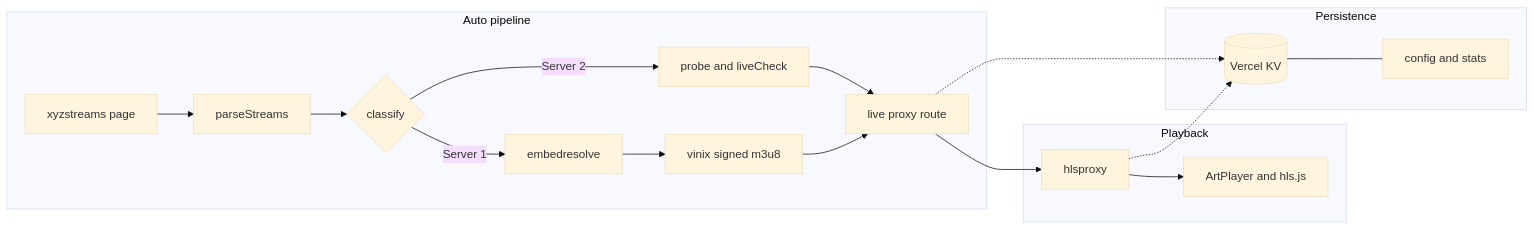
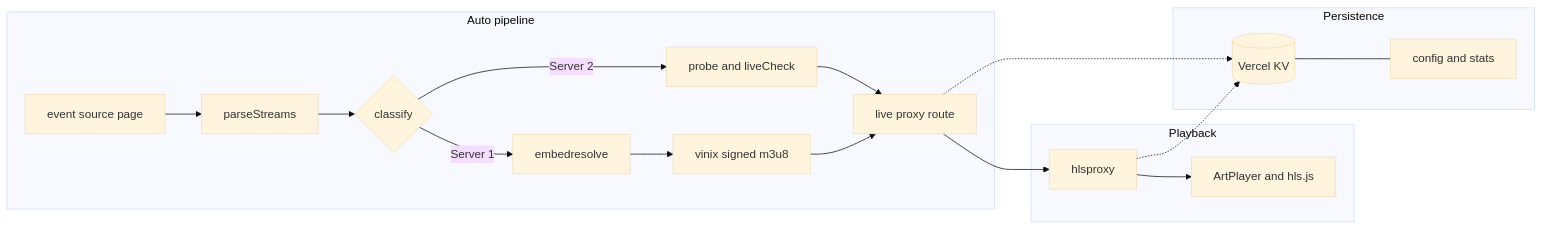
One commit to namtxs/sectortv changed the diagram in README.md. Above: the diagram before and after it, drawn with Mermaid (base theme). The commit also changed other lines of this file, not shown here.

````diff
--- a/README.md
+++ b/README.md
@@ -35,21 +35,21 @@
 ```mermaid
 flowchart LR
   subgraph scrape [Auto pipeline]
-    A[xyzstreams page] --> B[parseStreams]
+    A[event source page] --> B[parseStreams]
     B --> C{classify}
     C -->|Server 2| D[probe and liveCheck]
     C -->|Server 1| E[embedresolve]
     E --> F[vinix signed m3u8]
     D --> G[live proxy route]
     F --> G
   end
   subgraph play [Playback]
     G --> H[hlsproxy]
     H --> I[ArtPlayer and hls.js]
   end
   subgraph store [Persistence]
     J[(Vercel KV)] --- K[config and stats]
   end
   G -.-> J
   H -.-> J
 ```
````
